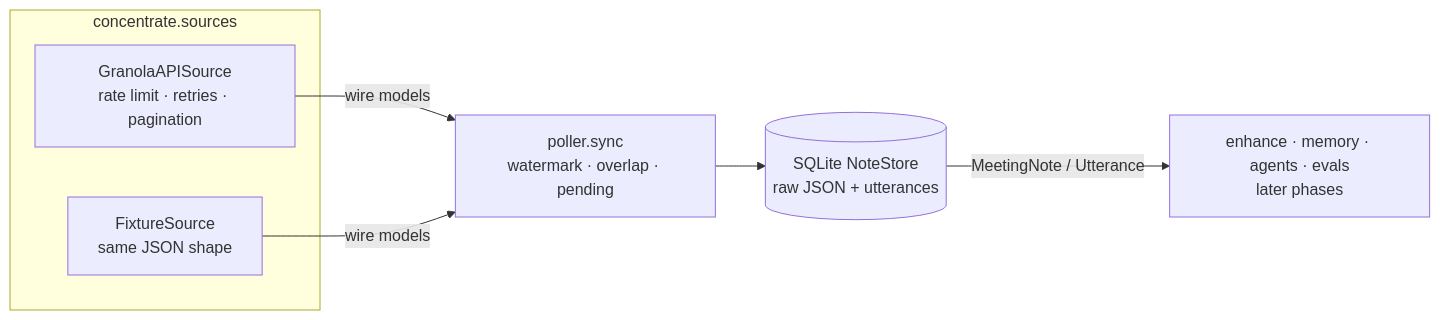
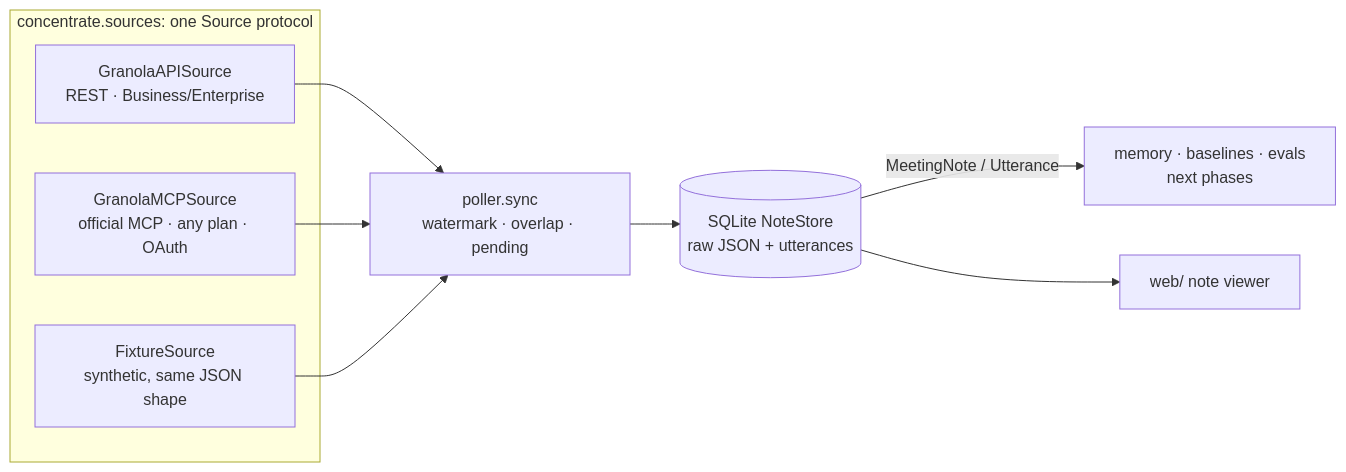
One commit to KLKH7/TENOR changed the diagram in README.md. Above: the diagram before and after it, drawn with Mermaid. The commit also changed other lines of this file and 56 other files, not shown here.

First line of the commit message:
Add GranolaMCPSource; match synthetic transcripts to live Granola format

````diff
--- a/README.md
+++ b/README.md
@@ -15,11 +29,14 @@
 ```mermaid
 flowchart LR
-  subgraph sources [concentrate.sources]
-    API[GranolaAPISource<br/>rate limit · retries · pagination]
-    FX[FixtureSource<br/>same JSON shape]
+  subgraph sources [concentrate.sources: one Source protocol]
+    API[GranolaAPISource<br/>REST · Business/Enterprise]
+    MCP[GranolaMCPSource<br/>official MCP · any plan · OAuth]
+    FX[FixtureSource<br/>synthetic, same JSON shape]
   end
-  API -- wire models --> SYNC
-  FX -- wire models --> SYNC
+  API --> SYNC
+  MCP --> SYNC
+  FX --> SYNC
   SYNC[poller.sync<br/>watermark · overlap · pending] --> STORE[(SQLite NoteStore<br/>raw JSON + utterances)]
-  STORE -- MeetingNote / Utterance --> DOWN[enhance · memory · agents · evals<br/>later phases]
+  STORE -- MeetingNote / Utterance --> NEXT[memory · baselines · evals<br/>next phases]
+  STORE --> WEB[web/ note viewer]
 ```
````
